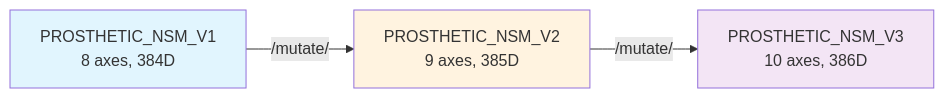
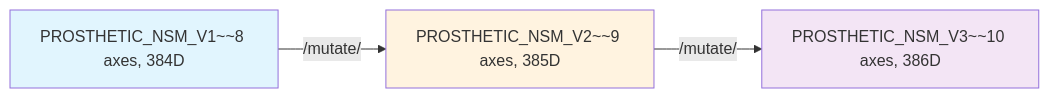
The fourth of 4 diagrams in docs/architecture/ARCHITECTURE.md (AlexusPacicus/Traianus), drawn with Mermaid before and after one commit. The commit also changed 1 other file, not shown here.

Commit message:
docs: fix Mermaid line breaks (replace <br/> with ~~)

````diff
--- a/docs/architecture/ARCHITECTURE.md
+++ b/docs/architecture/ARCHITECTURE.md
@@ -154,8 +154,8 @@
 ```mermaid
 graph LR
-    V1[PROSTHETIC_NSM_V1<br/>8 axes, 384D] -->|/mutate/| V2[PROSTHETIC_NSM_V2<br/>9 axes, 385D]
-    V2 -->|/mutate/| V3[PROSTHETIC_NSM_V3<br/>10 axes, 386D]
+    V1[PROSTHETIC_NSM_V1~~8 axes, 384D] -->|/mutate/| V2[PROSTHETIC_NSM_V2~~9 axes, 385D]
+    V2 -->|/mutate/| V3[PROSTHETIC_NSM_V3~~10 axes, 386D]
     style V1 fill:#e1f5fe
     style V2 fill:#fff3e0
     style V3 fill:#f3e5f5
 ```
````
